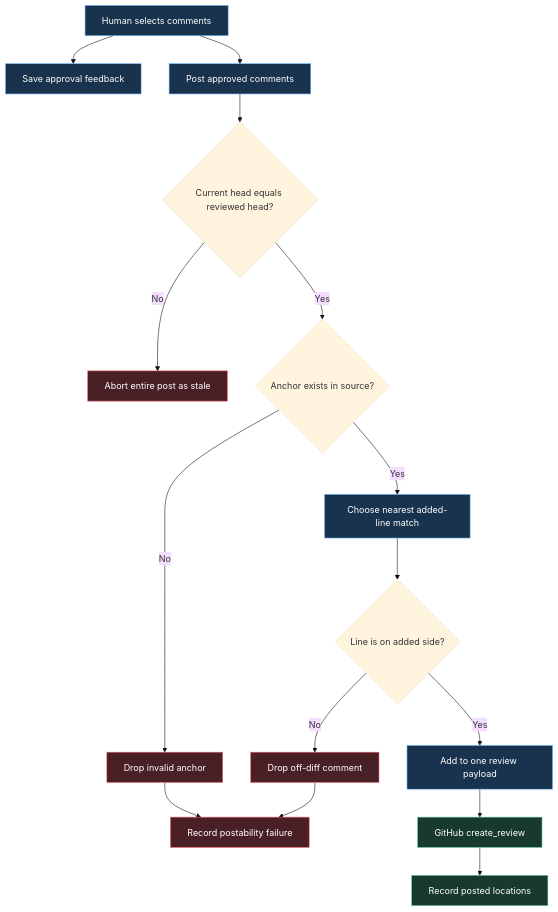
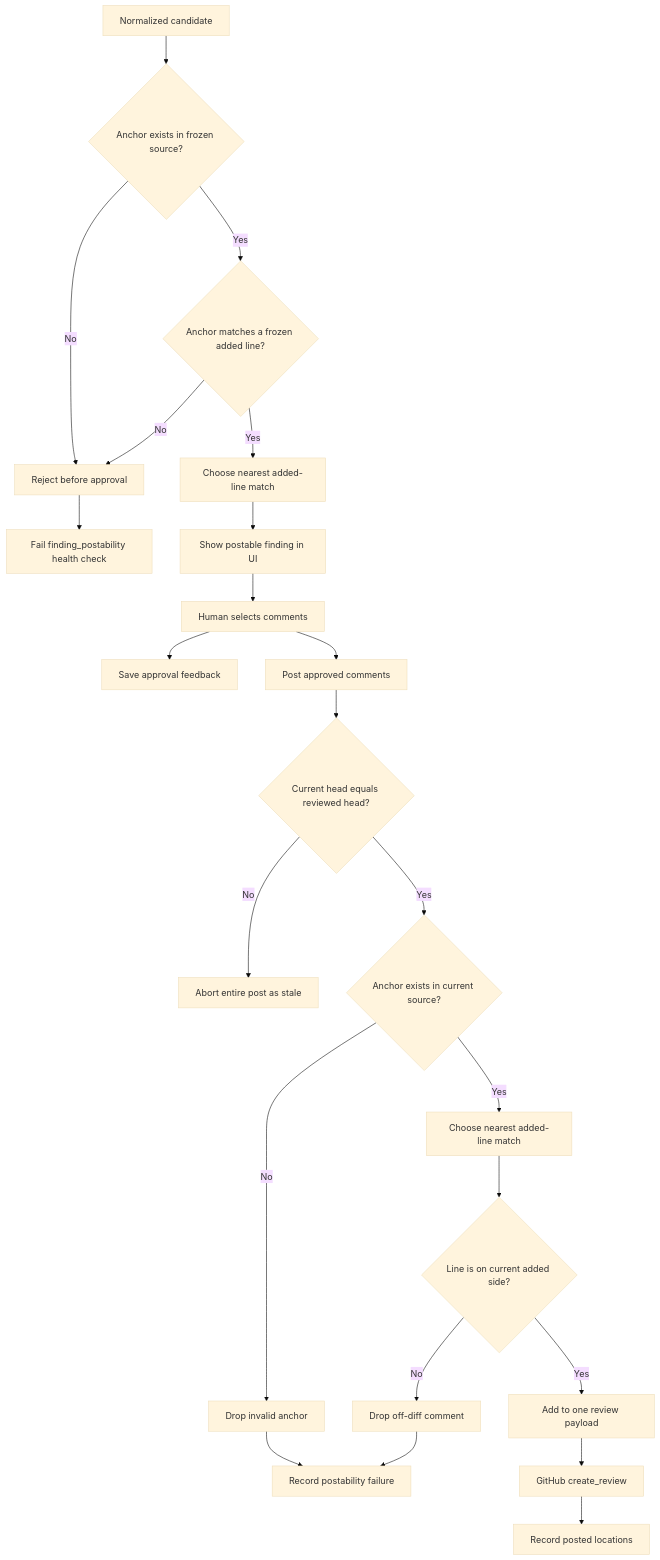
One commit to chatkausik/Quorum-Code-Review-Deep-Agent changed the sixth of 6 diagrams in docs/OPERATIONS_GUIDE.md. Above: the diagram before and after it, drawn with Mermaid (base theme). The commit also changed other lines of this file and 33 other files, not shown here.

````diff
--- a/docs/OPERATIONS_GUIDE.md
+++ b/docs/OPERATIONS_GUIDE.md
@@ -342,24 +379,25 @@
 ```mermaid
 flowchart TD
-    Select[Human selects comments] --> Save[Save approval feedback]
+    Candidate[Normalized candidate] --> FrozenAnchor{Anchor exists in frozen source?}
+    FrozenAnchor -->|No| PreDrop[Reject before approval]
+    FrozenAnchor -->|Yes| FrozenDiff{Anchor matches a frozen added line?}
+    FrozenDiff -->|No| PreDrop
+    FrozenDiff -->|Yes| PreMove[Choose nearest added-line match]
+    PreMove --> UI[Show postable finding in UI]
+    UI --> Select[Human selects comments]
+    Select --> Save[Save approval feedback]
     Select --> Post[Post approved comments]
     Post --> Head{Current head equals reviewed head?}
     Head -->|No| Stale[Abort entire post as stale]
-    Head -->|Yes| Anchor{Anchor exists in source?}
+    Head -->|Yes| Anchor{Anchor exists in current source?}
     Anchor -->|No| DropAnchor[Drop invalid anchor]
     Anchor -->|Yes| Reanchor[Choose nearest added-line match]
-    Reanchor --> Diff{Line is on added side?}
+    Reanchor --> Diff{Line is on current added side?}
     Diff -->|No| DropDiff[Drop off-diff comment]
     Diff -->|Yes| Payload[Add to one review payload]
     Payload --> Submit[GitHub create_review]
     Submit --> Record[Record posted locations]
+    PreDrop --> Health[Fail finding_postability health check]
     DropAnchor --> RecordFailure[Record postability failure]
     DropDiff --> RecordFailure
-
-    classDef pass fill:#17392f,stroke:#5fbf97,color:#fff;
-    classDef fail fill:#4a2027,stroke:#f4606c,color:#fff;
-    classDef action fill:#19324d,stroke:#6cb6ff,color:#fff;
-    class Select,Save,Post,Reanchor,Payload action;
-    class Submit,Record pass;
-    class Stale,DropAnchor,DropDiff,RecordFailure fail;
 ```
````
